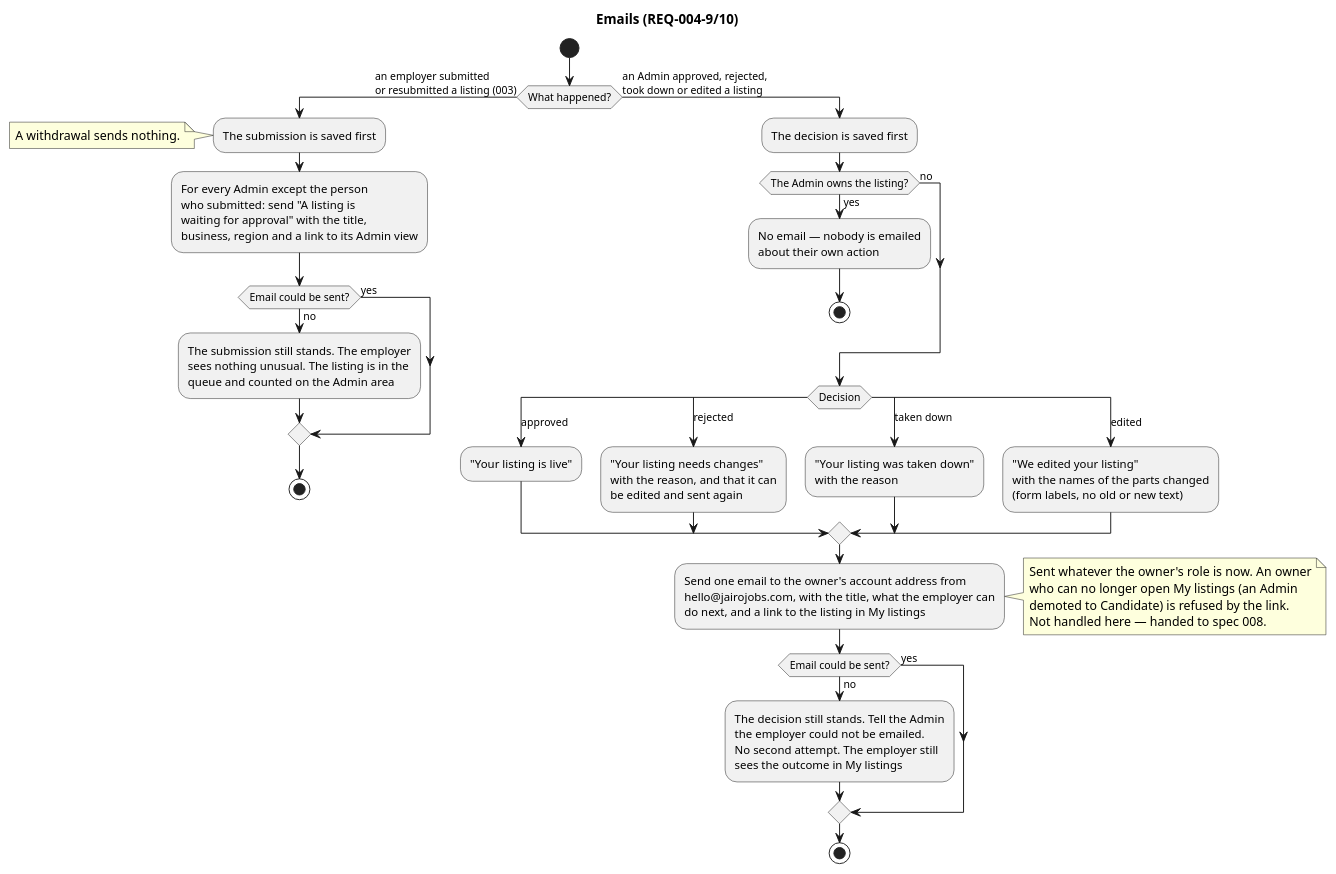
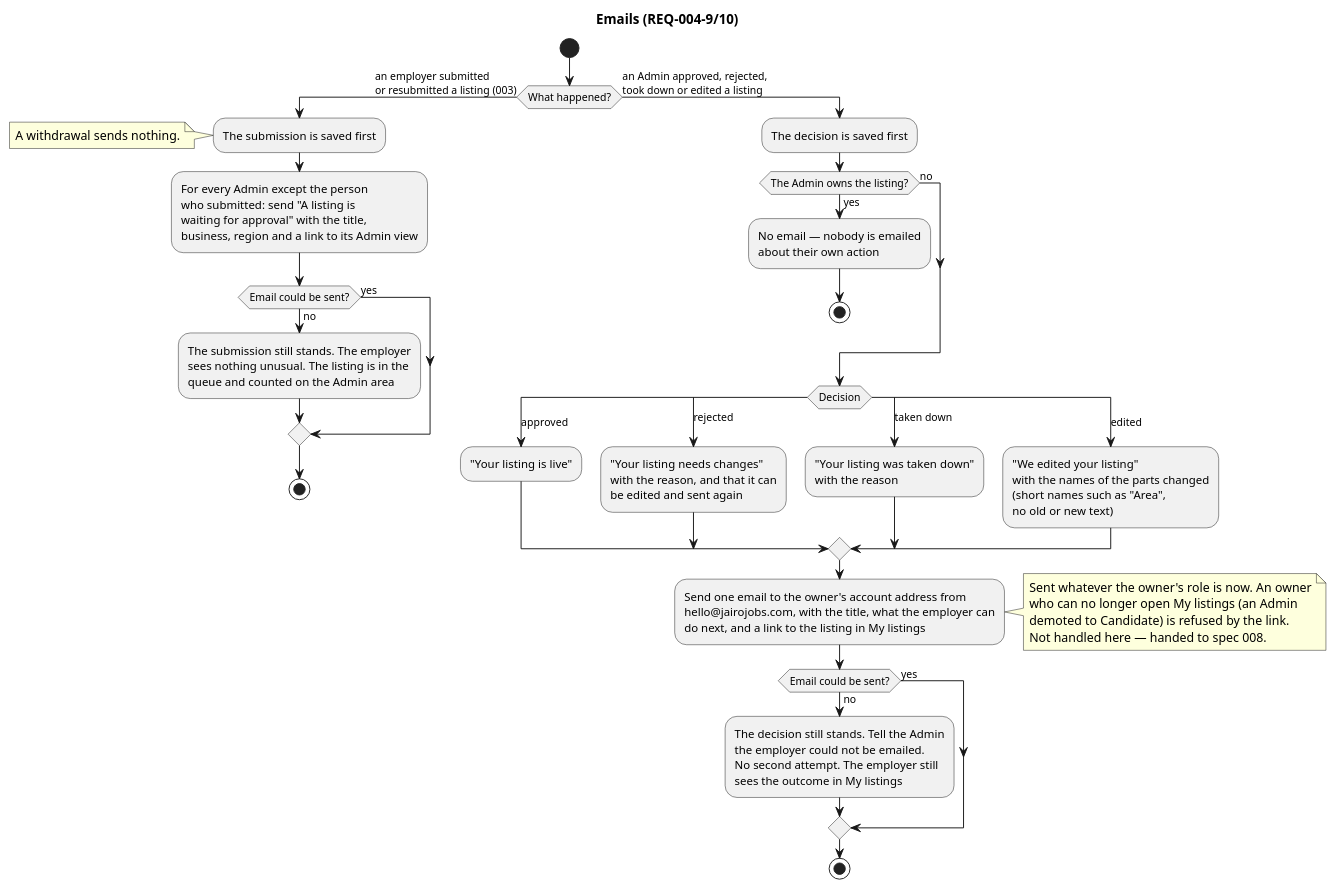
Before and after one commit to raseniero/jairojobs-elixir: the diagram in docs/specs/004-listings-admin-moderation/diagrams/activity-emails.puml, drawn with PlantUML. The commit also changed 5 other files, not shown here.

Commit message:
docs(spec 004): edit email uses short names (REQ-004-9 amended); submission sequence shows the listing row lock

```diff
--- a/docs/specs/004-listings-admin-moderation/diagrams/activity-emails.puml
+++ b/docs/specs/004-listings-admin-moderation/diagrams/activity-emails.puml
@@ -1,63 +1,64 @@
 @startuml activity-emails
 ' Spec 004 — emails to the employer and to Admins (REQ-004-9, -10)
 title Emails (REQ-004-9/10)
 
 start
 if (What happened?) then (an employer submitted\nor resubmitted a listing (003))
   :The submission is saved first;
   note left
     A withdrawal sends nothing.
   end note
   :For every Admin except the person
   who submitted: send "A listing is
   waiting for approval" with the title,
   business, region and a link to its Admin view;
   if (Email could be sent?) then (no)
     :The submission still stands. The employer
     sees nothing unusual. The listing is in the
     queue and counted on the Admin area;
   else (yes)
   endif
   stop
 else (an Admin approved, rejected,\ntook down or edited a listing)
   :The decision is saved first;
   if (The Admin owns the listing?) then (yes)
     :No email — nobody is emailed
     about their own action;
     stop
   else (no)
   endif
   switch (Decision)
   case (approved)
     :"Your listing is live";
   case (rejected)
     :"Your listing needs changes"
     with the reason, and that it can
     be edited and sent again;
   case (taken down)
     :"Your listing was taken down"
     with the reason;
   case (edited)
     :"We edited your listing"
     with the names of the parts changed
-    (form labels, no old or new text);
+    (short names such as "Area",
+    no old or new text);
   endswitch
   :Send one email to the owner's account address from
   hello@jairojobs.com, with the title, what the employer can
   do next, and a link to the listing in My listings;
   note right
     Sent whatever the owner's role is now. An owner
     who can no longer open My listings (an Admin
     demoted to Candidate) is refused by the link.
     Not handled here — handed to spec 008.
   end note
   if (Email could be sent?) then (no)
     :The decision still stands. Tell the Admin
     the employer could not be emailed.
     No second attempt. The employer still
     sees the outcome in My listings;
   else (yes)
   endif
   stop
 endif
 @enduml
```
